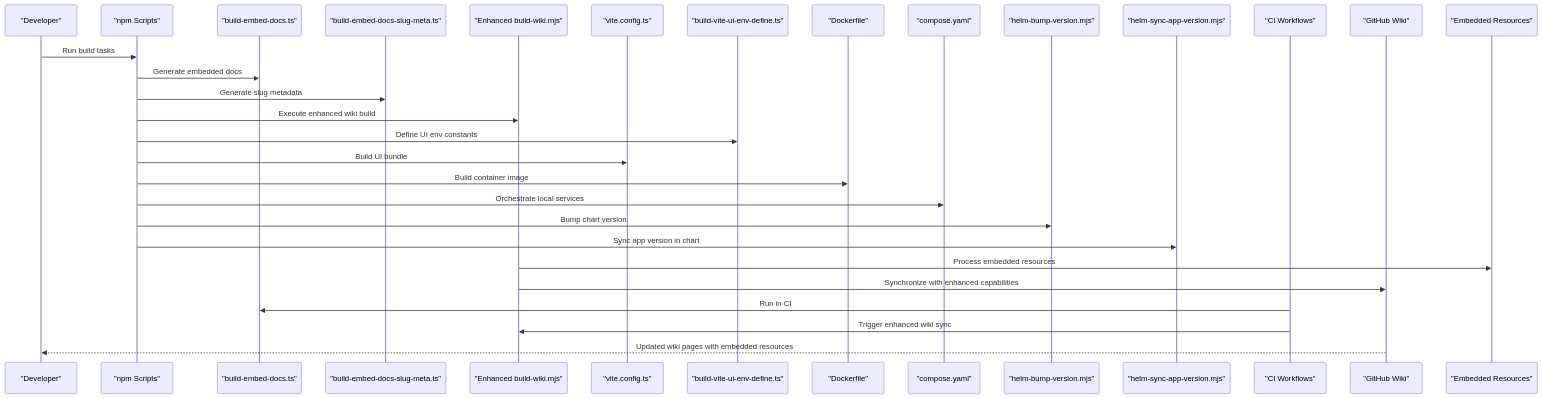
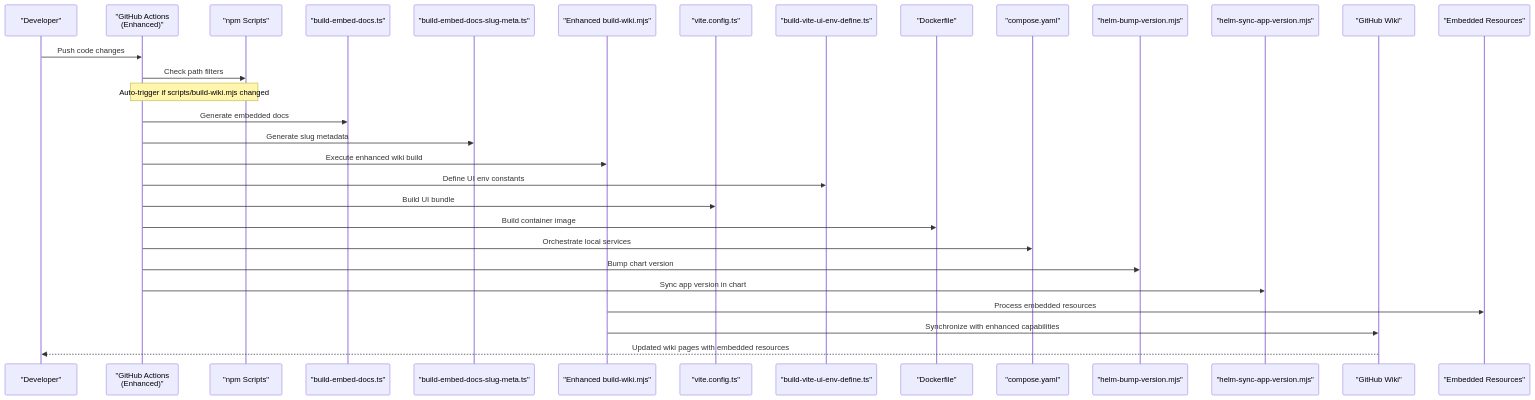
One commit to debian777/kairos-mcp changed the second of 9 diagrams in .qoder/repowiki/en/content/Contributing and Development/Build Automation and Wiki Management.md. Above: the diagram before and after it, drawn with Mermaid. The commit also changed other lines of this file and 18 other files, not shown here.

````diff
--- a/.qoder/repowiki/en/content/Contributing and Development/Build Automation and Wiki Management.md
+++ b/.qoder/repowiki/en/content/Contributing and Development/Build Automation and Wiki Management.md
@@ -158,32 +168,32 @@
 ```mermaid
 sequenceDiagram
 participant Dev as "Developer"
+participant GHA as "GitHub Actions<br/>(Enhanced)"
 participant NPM as "npm Scripts"
 participant Embed as "build-embed-docs.ts"
 participant Slug as "build-embed-docs-slug-meta.ts"
 participant WikiEnh as "Enhanced build-wiki.mjs"
 participant Vite as "vite.config.ts"
 participant EnvDef as "build-vite-ui-env-define.ts"
 participant Docker as "Dockerfile"
 participant Compose as "compose.yaml"
 participant HelmBump as "helm-bump-version.mjs"
 participant HelmSync as "helm-sync-app-version.mjs"
-participant CI as "CI Workflows"
 participant Wiki as "GitHub Wiki"
 participant EmbedRes as "Embedded Resources"
-Dev->>NPM : Run build tasks
-NPM->>Embed : Generate embedded docs
-NPM->>Slug : Generate slug metadata
-NPM->>WikiEnh : Execute enhanced wiki build
-NPM->>EnvDef : Define UI env constants
-NPM->>Vite : Build UI bundle
-NPM->>Docker : Build container image
-NPM->>Compose : Orchestrate local services
-NPM->>HelmBump : Bump chart version
-NPM->>HelmSync : Sync app version in chart
+Dev->>GHA : Push code changes
+GHA->>NPM : Check path filters
+Note over GHA,NPM : Auto-trigger if scripts/build-wiki.mjs changed
+GHA->>Embed : Generate embedded docs
+GHA->>Slug : Generate slug metadata
+GHA->>WikiEnh : Execute enhanced wiki build
+GHA->>EnvDef : Define UI env constants
+GHA->>Vite : Build UI bundle
+GHA->>Docker : Build container image
+GHA->>Compose : Orchestrate local services
+GHA->>HelmBump : Bump chart version
+GHA->>HelmSync : Sync app version in chart
 WikiEnh->>EmbedRes : Process embedded resources
 WikiEnh->>Wiki : Synchronize with enhanced capabilities
-CI->>Embed : Run in CI
-CI->>WikiEnh : Trigger enhanced wiki sync
 Wiki-->>Dev : Updated wiki pages with embedded resources
 ```
````
